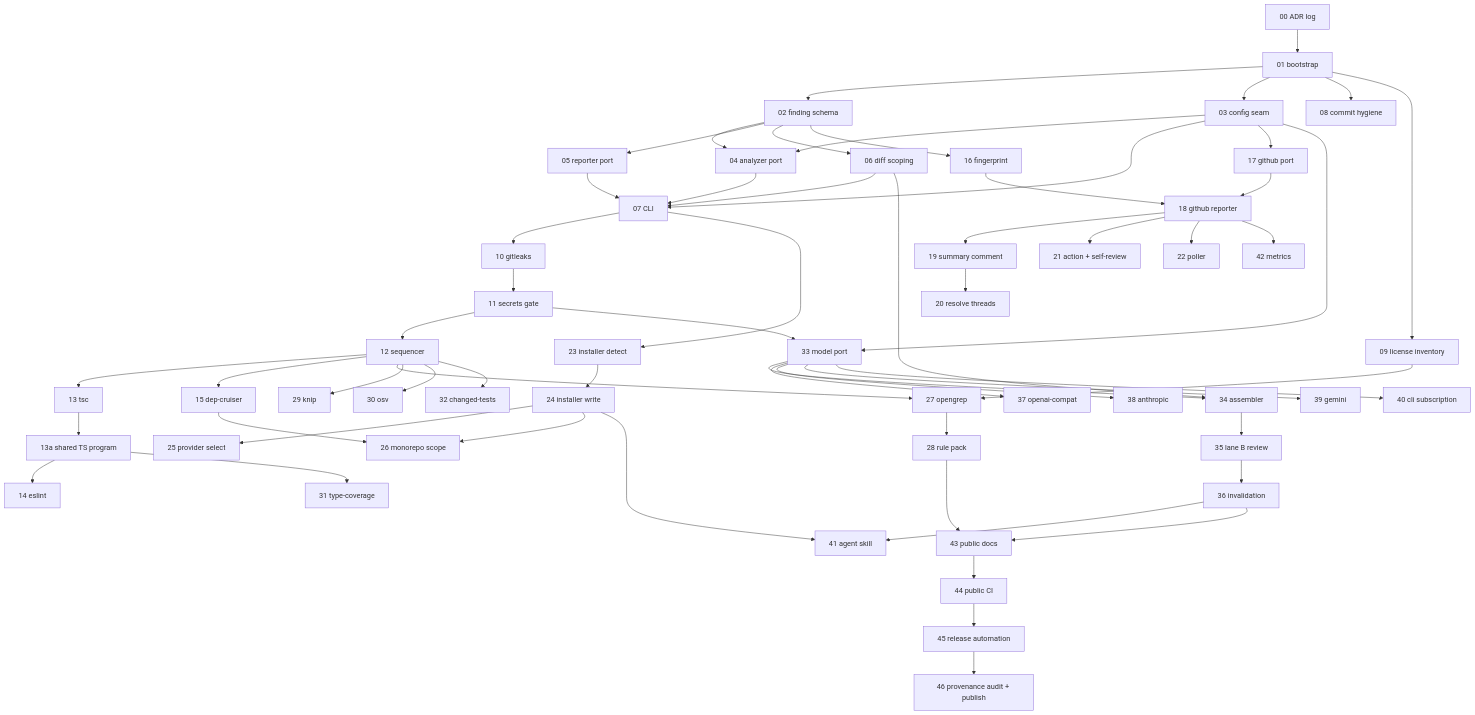
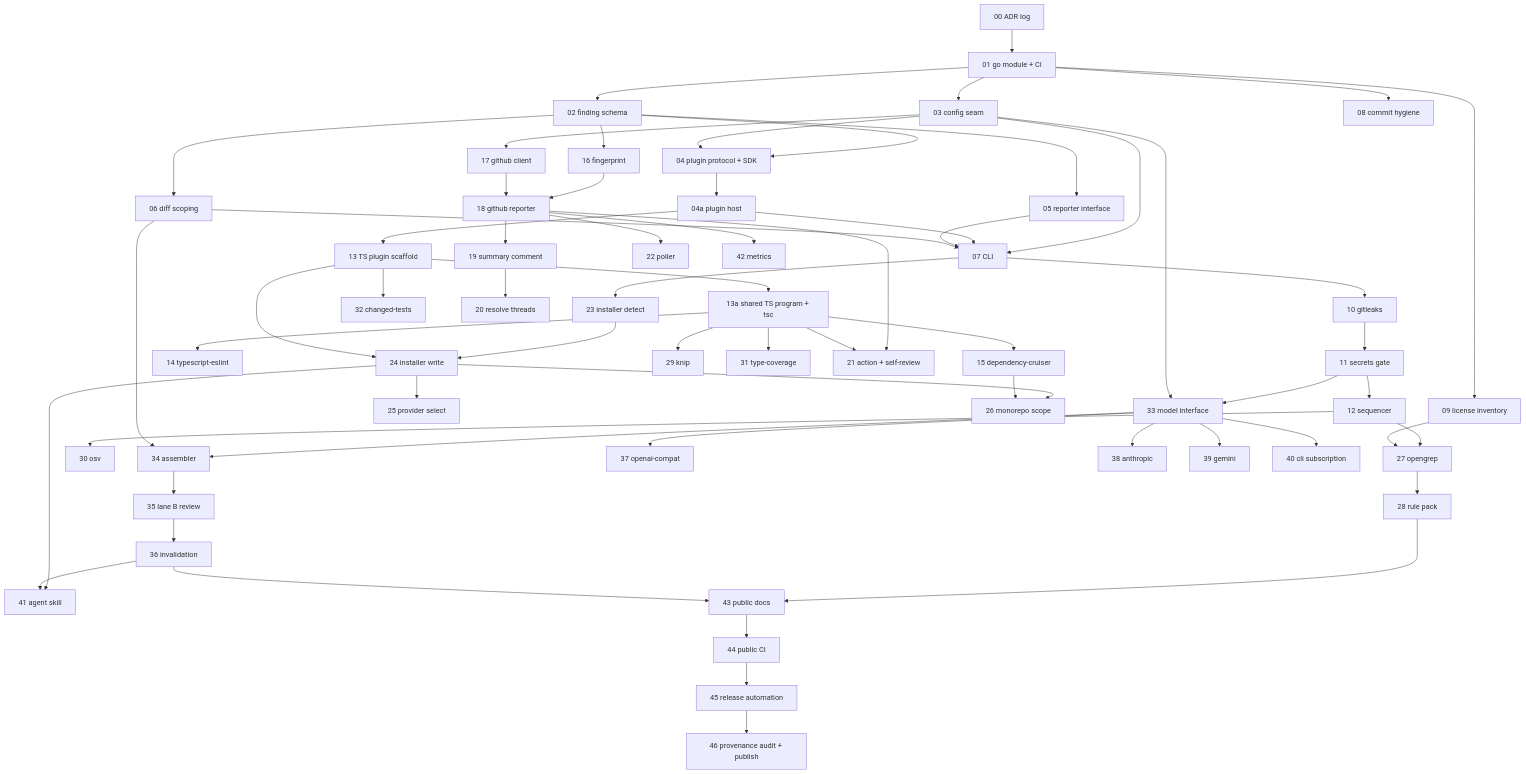
The diagram in docs/implementation-plan.md (adamtait/reviewer), drawn with Mermaid before and after one commit. The commit also changed other lines of this file, not shown here.

First line of the commit message:
docs: rebuild the plan around a Go core with a plugin protocol

````diff
--- a/docs/implementation-plan.md
+++ b/docs/implementation-plan.md
@@ -669,61 +689,64 @@
 ```mermaid
 graph TD
-  P00[00 ADR log] --> P01[01 bootstrap]
+  P00[00 ADR log] --> P01[01 go module + CI]
   P01 --> P02[02 finding schema]
   P01 --> P03[03 config seam]
   P01 --> P08[08 commit hygiene]
   P01 --> P09[09 license inventory]
-  P02 --> P04[04 analyzer port]
+  P02 --> P04[04 plugin protocol + SDK]
   P03 --> P04
-  P02 --> P05[05 reporter port]
+  P04 --> P04a[04a plugin host]
+  P02 --> P05[05 reporter interface]
   P02 --> P06[06 diff scoping]
   P03 --> P07[07 CLI]
-  P04 --> P07
+  P04a --> P07
   P05 --> P07
   P06 --> P07
   P07 --> P10[10 gitleaks]
   P10 --> P11[11 secrets gate]
   P11 --> P12[12 sequencer]
-  P12 --> P13[13 tsc]
-  P13 --> P13a[13a shared TS program]
-  P13a --> P14[14 eslint]
-  P12 --> P15[15 dep-cruiser]
+  P04a --> P13[13 TS plugin scaffold]
+  P13 --> P13a[13a shared TS program + tsc]
+  P13a --> P14[14 typescript-eslint]
+  P13a --> P15[15 dependency-cruiser]
+  P13a --> P29[29 knip]
+  P13a --> P31[31 type-coverage]
+  P13 --> P32[32 changed-tests]
   P02 --> P16[16 fingerprint]
-  P03 --> P17[17 github port]
+  P03 --> P17[17 github client]
   P16 --> P18[18 github reporter]
   P17 --> P18
   P18 --> P19[19 summary comment]
   P19 --> P20[20 resolve threads]
   P18 --> P21[21 action + self-review]
+  P13a --> P21
   P18 --> P22[22 poller]
   P18 --> P42[42 metrics]
   P07 --> P23[23 installer detect]
   P23 --> P24[24 installer write]
+  P13 --> P24
   P24 --> P25[25 provider select]
   P24 --> P26[26 monorepo scope]
   P15 --> P26
   P12 --> P27[27 opengrep]
   P09 --> P27
   P27 --> P28[28 rule pack]
-  P12 --> P29[29 knip]
   P12 --> P30[30 osv]
-  P13a --> P31[31 type-coverage]
-  P12 --> P32[32 changed-tests]
-  P11 --> P33[33 model port]
+  P11 --> P33[33 model interface]
   P03 --> P33
   P33 --> P34[34 assembler]
   P06 --> P34
   P34 --> P35[35 lane B review]
   P35 --> P36[36 invalidation]
   P33 --> P37[37 openai-compat]
   P33 --> P38[38 anthropic]
   P33 --> P39[39 gemini]
   P33 --> P40[40 cli subscription]
   P24 --> P41[41 agent skill]
   P36 --> P41
   P28 --> P43[43 public docs]
   P36 --> P43
   P43 --> P44[44 public CI]
   P44 --> P45[45 release automation]
   P45 --> P46[46 provenance audit + publish]
 ```
````
